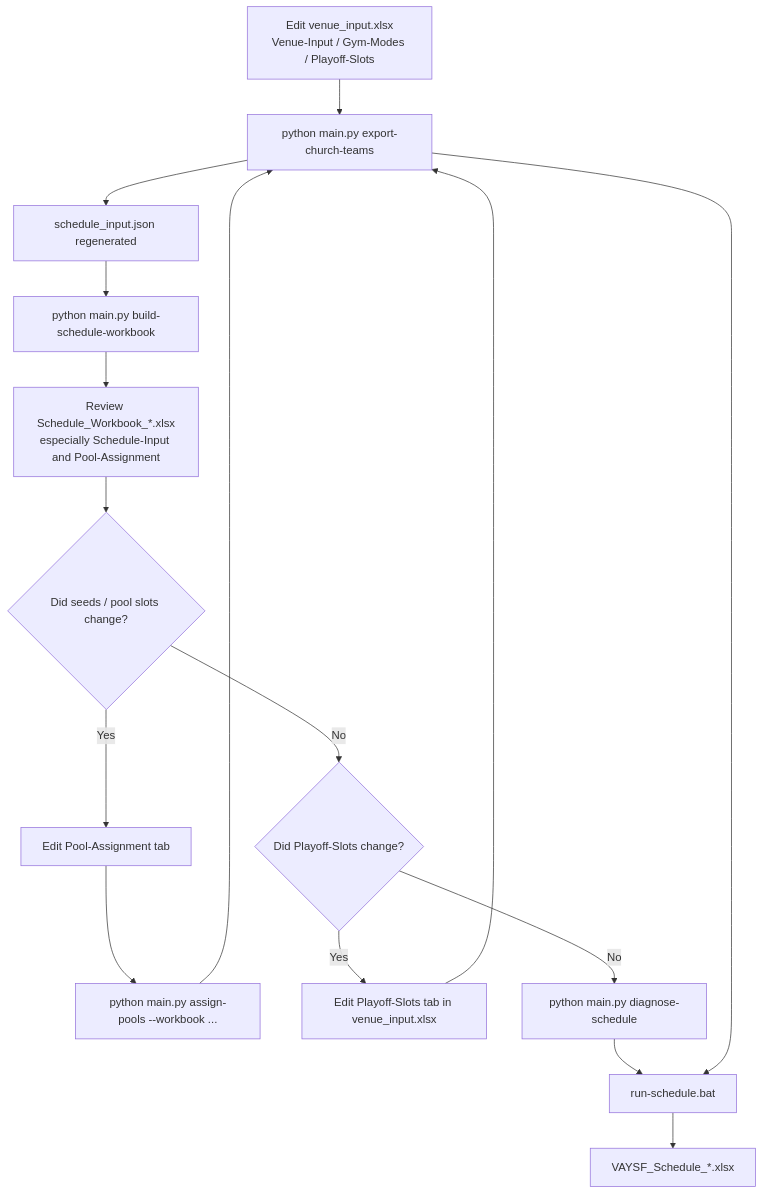
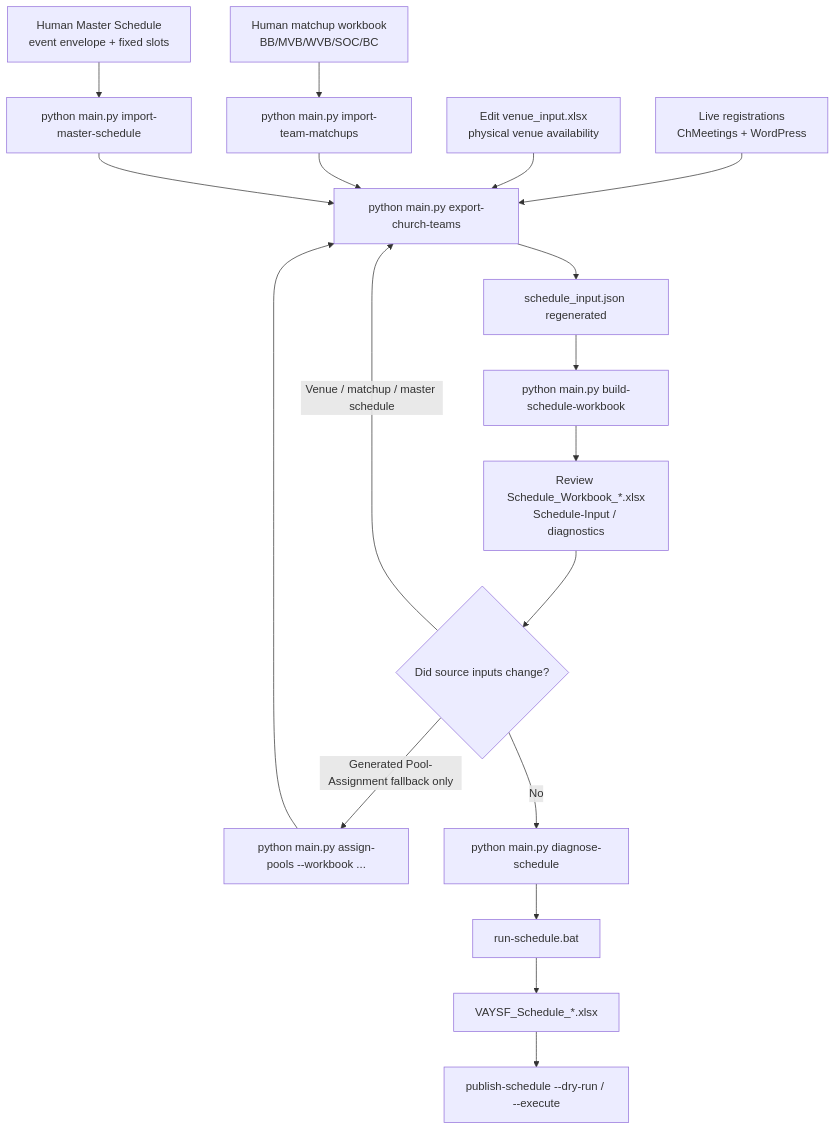
One commit to i12know/vaysf changed the diagram in docs/SCHEDULE-HOW-TO.md. Above: the diagram before and after it, drawn with Mermaid. The commit also changed other lines of this file and 2 other files, not shown here.

Commit message:
docs: document 2026 scheduling source of truth

````diff
--- a/docs/SCHEDULE-HOW-TO.md
+++ b/docs/SCHEDULE-HOW-TO.md
@@ -135,18 +221,20 @@
 ```mermaid
 flowchart TD
-    A["Edit venue_input.xlsx<br/>Venue-Input / Gym-Modes / Playoff-Slots"] --> B["python main.py export-church-teams"]
+    A["Live registrations<br/>ChMeetings + WordPress"] --> B["python main.py export-church-teams"]
+    V["Edit venue_input.xlsx<br/>physical venue availability"] --> B
+    M["Human matchup workbook<br/>BB/MVB/WVB/SOC/BC"] --> N["python main.py import-team-matchups"]
+    O["Human Master Schedule<br/>event envelope + fixed slots"] --> P["python main.py import-master-schedule"]
+    N --> B
+    P --> B
     B --> C["schedule_input.json regenerated"]
     C --> D["python main.py build-schedule-workbook"]
-    D --> E["Review Schedule_Workbook_*.xlsx<br/>especially Schedule-Input and Pool-Assignment"]
-    E --> F{"Did seeds / pool slots change?"}
-    F -- Yes --> G["Edit Pool-Assignment tab"]
-    G --> H["python main.py assign-pools --workbook ..."]
-    H --> B
-    F -- No --> I{"Did Playoff-Slots change?"}
-    I -- Yes --> J["Edit Playoff-Slots tab in venue_input.xlsx"]
-    J --> B
-    I -- No --> K["python main.py diagnose-schedule"]
+    D --> E["Review Schedule_Workbook_*.xlsx<br/>Schedule-Input / diagnostics"]
+    E --> F{"Did source inputs change?"}
+    F -- "Venue / matchup / master schedule" --> B
+    F -- "Generated Pool-Assignment fallback only" --> G["python main.py assign-pools --workbook ..."]
+    G --> B
+    F -- No --> K["python main.py diagnose-schedule"]
     K --> L["run-schedule.bat"]
-    B --> L
-    L --> M["VAYSF_Schedule_*.xlsx"]
+    L --> M2["VAYSF_Schedule_*.xlsx"]
+    M2 --> Q["publish-schedule --dry-run / --execute"]
 ```
````
